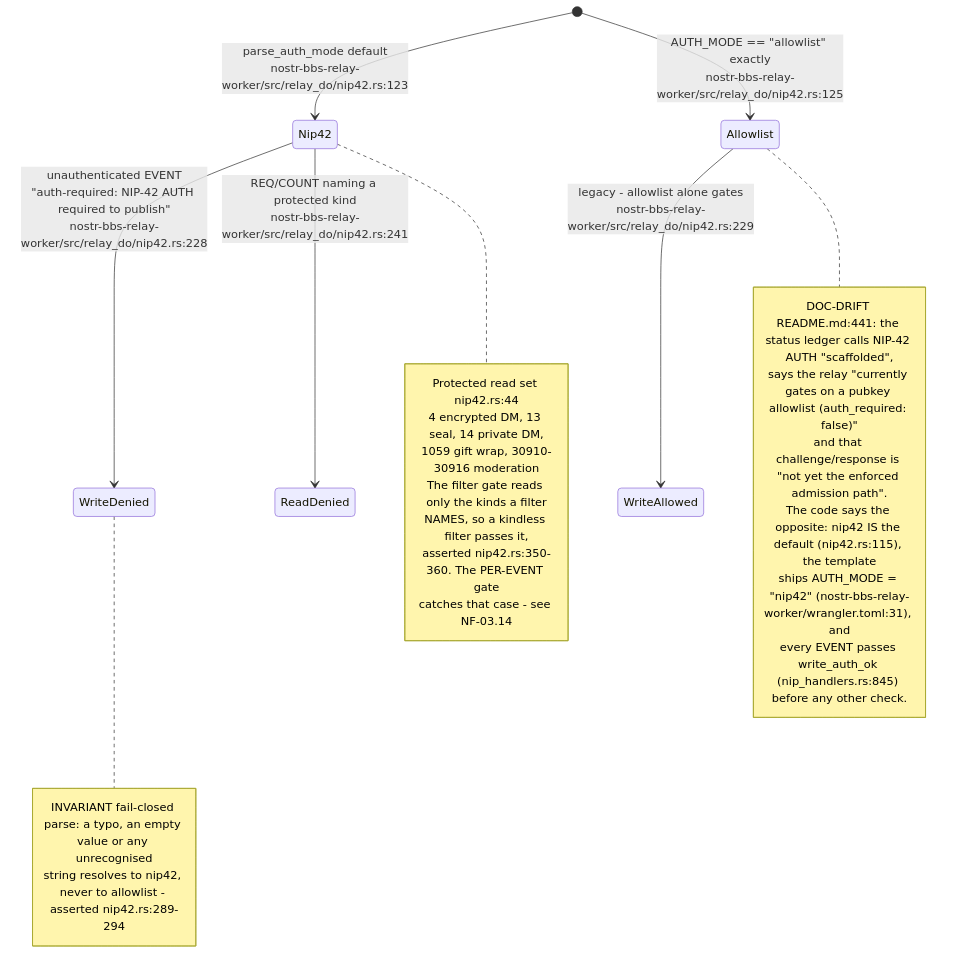
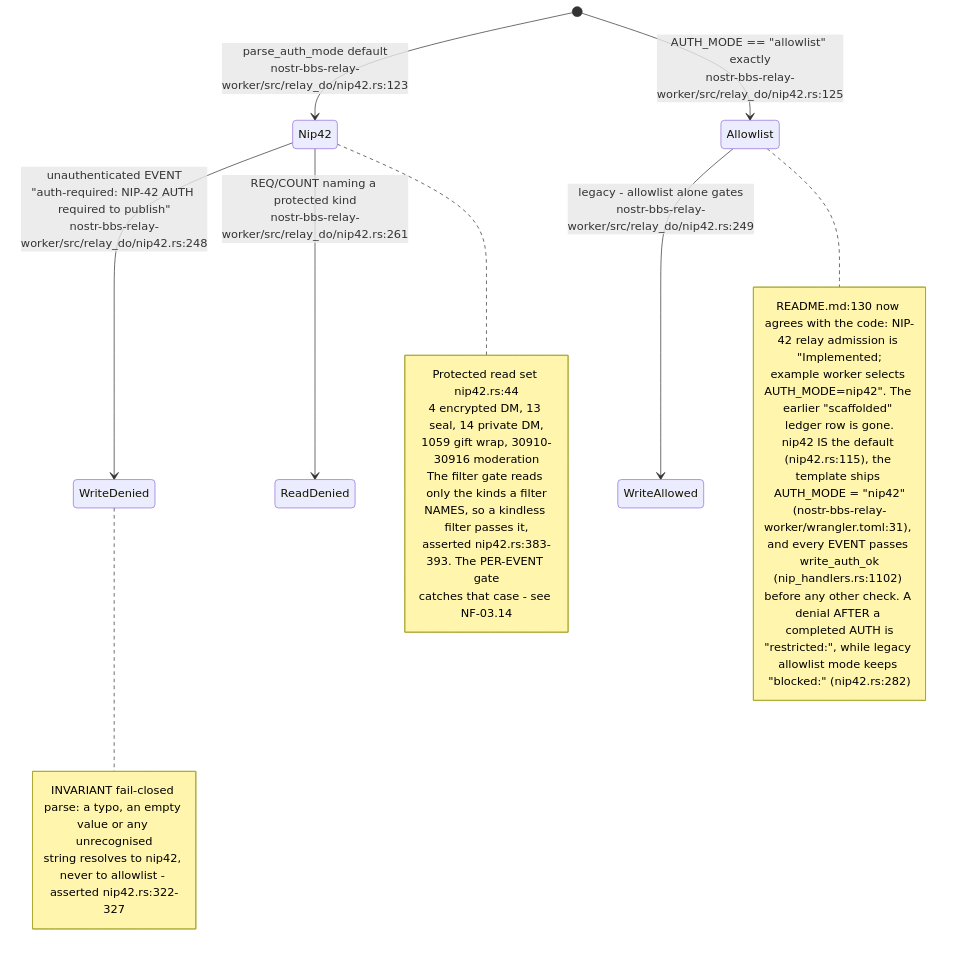
Before and after one commit to DreamLab-AI/VisionFlow: the third of 14 diagrams in docs/diagrams/nostr-rust-forum/03-relay-worker-admission-auth-and-trust.md, drawn with Mermaid. The commit also changed other lines of this file and 160 other files, not shown here.

````diff
--- a/docs/diagrams/nostr-rust-forum/03-relay-worker-admission-auth-and-trust.md
+++ b/docs/diagrams/nostr-rust-forum/03-relay-worker-admission-auth-and-trust.md
@@ -72,30 +76,30 @@
 ```mermaid
 stateDiagram-v2
     [*] --> Nip42: parse_auth_mode default<br/>nostr-bbs-relay-worker/src/relay_do/nip42.rs:123
     [*] --> Allowlist: AUTH_MODE == "allowlist" exactly<br/>nostr-bbs-relay-worker/src/relay_do/nip42.rs:125
-    Nip42 --> WriteDenied: unauthenticated EVENT<br/>"auth-required: NIP-42 AUTH required to publish"<br/>nostr-bbs-relay-worker/src/relay_do/nip42.rs:228
-    Nip42 --> ReadDenied: REQ/COUNT naming a protected kind<br/>nostr-bbs-relay-worker/src/relay_do/nip42.rs:241
-    Allowlist --> WriteAllowed: legacy - allowlist alone gates<br/>nostr-bbs-relay-worker/src/relay_do/nip42.rs:229
+    Nip42 --> WriteDenied: unauthenticated EVENT<br/>"auth-required: NIP-42 AUTH required to publish"<br/>nostr-bbs-relay-worker/src/relay_do/nip42.rs:248
+    Nip42 --> ReadDenied: REQ/COUNT naming a protected kind<br/>nostr-bbs-relay-worker/src/relay_do/nip42.rs:261
+    Allowlist --> WriteAllowed: legacy - allowlist alone gates<br/>nostr-bbs-relay-worker/src/relay_do/nip42.rs:249
 
     note right of Nip42
         Protected read set nip42.rs:44
         4 encrypted DM, 13 seal, 14 private DM,
         1059 gift wrap, 30910-30916 moderation
         The filter gate reads only the kinds a filter
         NAMES, so a kindless filter passes it,
-        asserted nip42.rs:350-360. The PER-EVENT gate
+        asserted nip42.rs:383-393. The PER-EVENT gate
         catches that case - see NF-03.14
     end note
     note right of Allowlist
-        DOC-DRIFT README.md:441: the status ledger calls NIP-42 AUTH "scaffolded",
-        says the relay "currently gates on a pubkey allowlist (auth_required: false)"
-        and that challenge/response is "not yet the enforced admission path".
-        The code says the opposite: nip42 IS the default (nip42.rs:115), the template
-        ships AUTH_MODE = "nip42" (nostr-bbs-relay-worker/wrangler.toml:31), and
-        every EVENT passes write_auth_ok (nip_handlers.rs:845) before any other check.
+        README.md:130 now agrees with the code: NIP-42 relay admission is "Implemented;
+        example worker selects AUTH_MODE=nip42". The earlier "scaffolded" ledger row is gone.
+        nip42 IS the default (nip42.rs:115), the template ships AUTH_MODE = "nip42"
+        (nostr-bbs-relay-worker/wrangler.toml:31), and every EVENT passes write_auth_ok
+        (nip_handlers.rs:1102) before any other check. A denial AFTER a completed AUTH is
+        "restricted:", while legacy allowlist mode keeps "blocked:" (nip42.rs:282)
     end note
     note right of WriteDenied
         INVARIANT fail-closed parse: a typo, an empty value or any unrecognised
-        string resolves to nip42, never to allowlist - asserted nip42.rs:289-294
+        string resolves to nip42, never to allowlist - asserted nip42.rs:322-327
     end note
 ```
````
